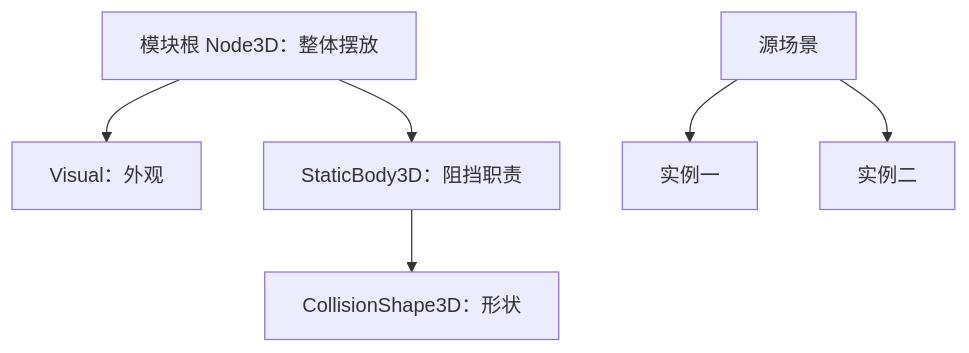
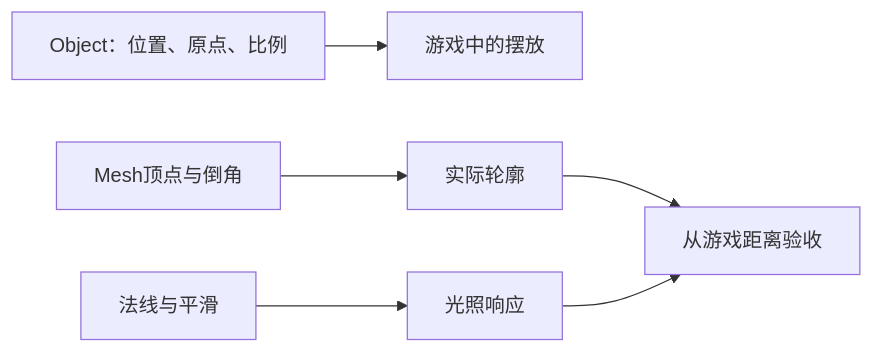
Before and after one commit to Zilur/ai-3d-game-learning: the diagram in curriculum/dialogues/B02.md, drawn with Mermaid. The commit also changed other lines of this file and 314 other files, not shown here.

````diff
--- a/curriculum/dialogues/B02.md
+++ b/curriculum/dialogues/B02.md
@@ -25,8 +27,8 @@
 ```mermaid
-flowchart TD
- R["模块根 Node3D：整体摆放"] --> V["Visual：外观"]
- R --> B["StaticBody3D：阻挡职责"]
- B --> S["CollisionShape3D：形状"]
- T["源场景"] --> I1["实例一"]
- T --> I2["实例二"]
+flowchart LR
+ O["Object：位置、原点、比例"] --> S["游戏中的摆放"]
+ G["Mesh顶点与倒角"] --> L["实际轮廓"]
+ N["法线与平滑"] --> H["光照响应"]
+ L --> Q["从游戏距离验收"]
+ H --> Q
 ```
````
